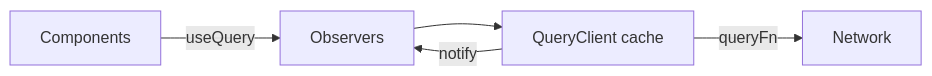
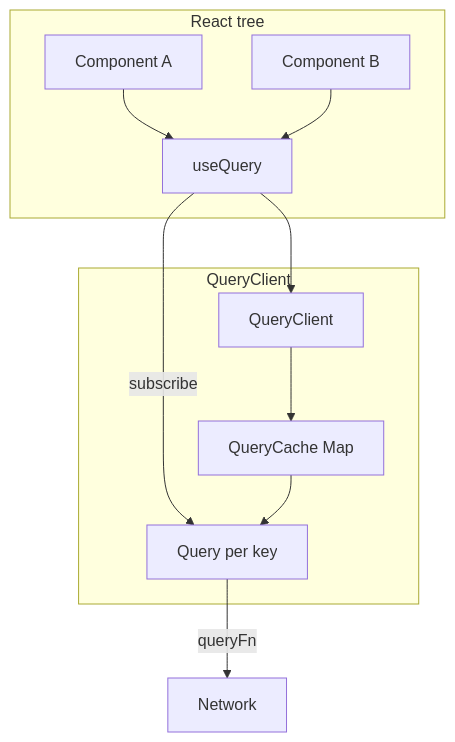
One commit to prajjwaljogdand/FullstackPreparation changed the first of 2 diagrams in docs/machine-coding/01-react-query.md. Above: the diagram before and after it, drawn with Mermaid. The commit also changed other lines of this file and 91 other files, not shown here.

````diff
--- a/docs/machine-coding/01-react-query.md
+++ b/docs/machine-coding/01-react-query.md
@@ -15,7 +29,20 @@
 ```mermaid
-flowchart LR
-  C[Components] -->|useQuery| O[Observers]
-  O --> QC[QueryClient cache]
-  QC -->|queryFn| N[Network]
-  QC -->|notify| O
+flowchart TB
+  subgraph react [React tree]
+    C1[Component A]
+    C2[Component B]
+    Hook[useQuery]
+  end
+  subgraph client [QueryClient]
+    QC[QueryClient]
+    Cache[QueryCache Map]
+    Q["Query per key"]
+  end
+  C1 --> Hook
+  C2 --> Hook
+  Hook -->|subscribe| Q
+  Hook --> QC
+  QC --> Cache
+  Cache --> Q
+  Q -->|queryFn| Net[Network]
 ```
````
